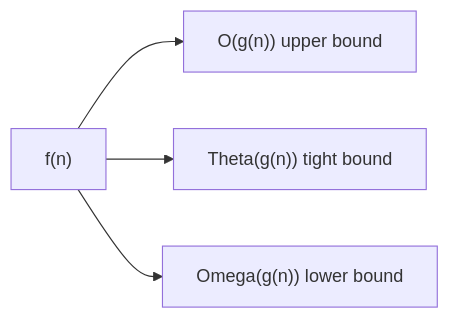
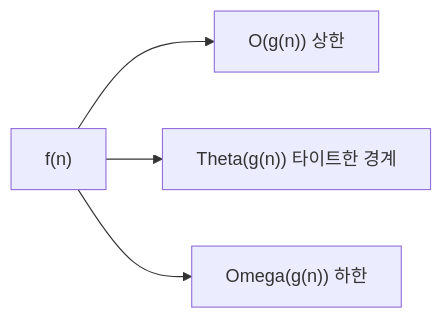
The third of 43 diagrams in _posts/cs-note/2026-02-27-data-structure.md (mandoobox/mandoobox.github.io), drawn with Mermaid before and after one commit. The commit also changed other lines of this file and 18 other files, not shown here.

````diff
--- a/_posts/cs-note/2026-02-27-data-structure.md
+++ b/_posts/cs-note/2026-02-27-data-structure.md
@@ -68,6 +68,6 @@
 ```mermaid
 flowchart LR
-  F["f(n)"] --> O["O(g(n)) upper bound"]
-  F --> T["Theta(g(n)) tight bound"]
-  F --> W["Omega(g(n)) lower bound"]
+  F["f(n)"] --> O["O(g(n)) 상한"]
+  F --> T["Theta(g(n)) 타이트한 경계"]
+  F --> W["Omega(g(n)) 하한"]
 ```
````
